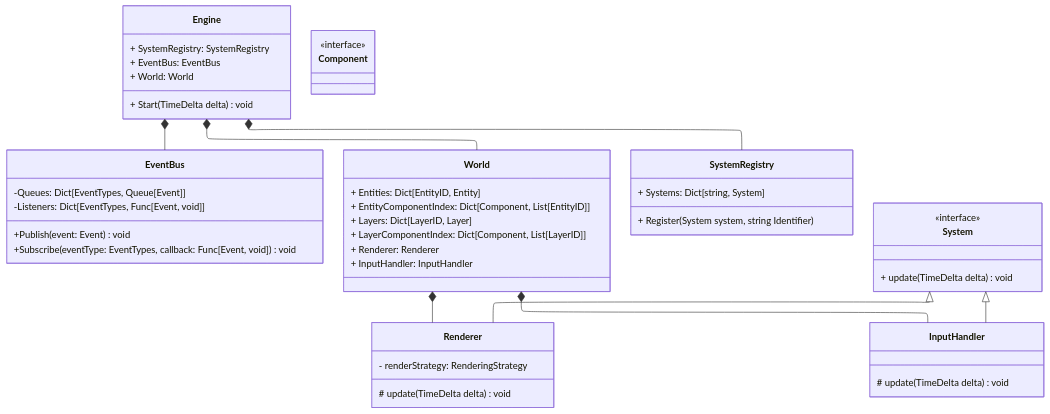
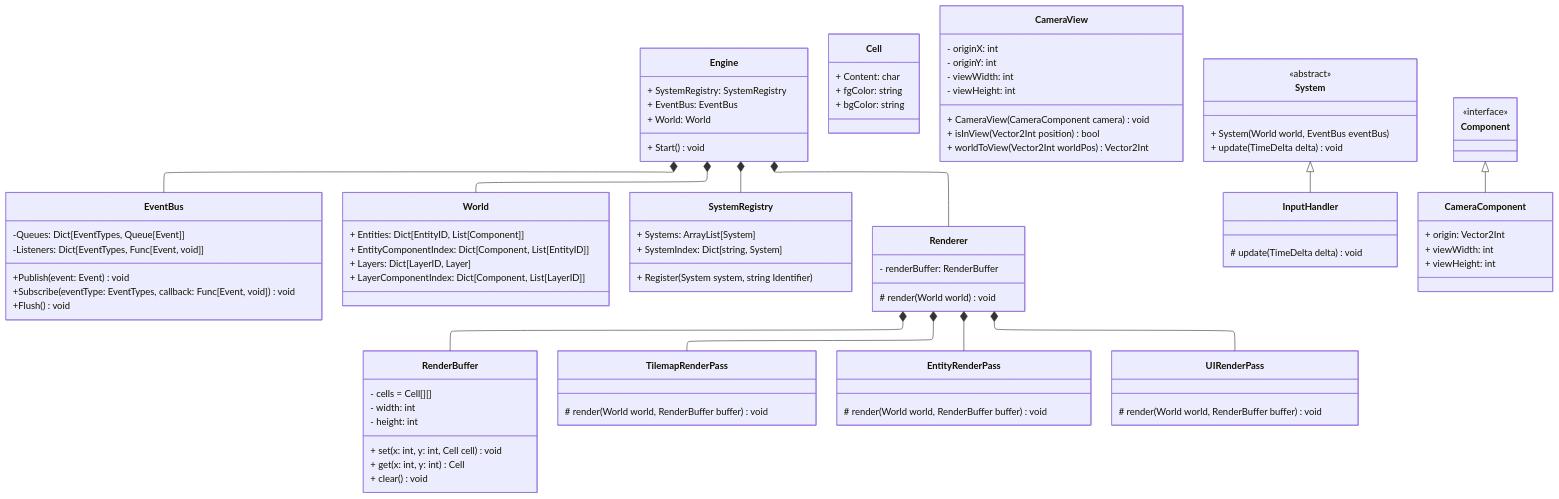
The diagram in EngineArchitecture.mmd (FT111/game-1), drawn with Mermaid before and after one commit. The commit also changed 2 other files, not shown here.

Commit message:
Details renderer pipeline

```diff
--- a/EngineArchitecture.mmd
+++ b/EngineArchitecture.mmd
@@ -1,65 +1,116 @@
 ---
 config:
   layout: elk
 ---
 
 classDiagram
     class EventBus {
         -Queues: Dict[EventTypes, Queue[Event]]
         -Listeners: Dict[EventTypes, Func[Event, void]]
         +Publish(event: Event) void
         +Subscribe(eventType: EventTypes, callback: Func[Event, void]) void
+        +Flush() void
     }
 
     class Engine {
         + SystemRegistry: SystemRegistry
         + EventBus: EventBus
         + World: World
 
-        + Start(TimeDelta delta) void
+        + Start() void
     }
 
     class World {
-        + Entities: Dict[EntityID, Entity]
+        + Entities: Dict[EntityID, List[Component]]
         + EntityComponentIndex: Dict[Component, List[EntityID]]
 
         + Layers: Dict[LayerID, Layer]
         + LayerComponentIndex: Dict[Component, List[LayerID]]
-
-        + Renderer: Renderer
-        + InputHandler: InputHandler
     }
 
     class SystemRegistry {
-        + Systems: Dict[string, System]
+        + Systems: ArrayList[System]
+        + SystemIndex: Dict[string, System]
         + Register(System system, string Identifier)
     }
 
 
     class Renderer {
-        # update(TimeDelta delta) void
-        - renderStrategy: RenderingStrategy
+        # render(World world) void
+
+        - renderBuffer: RenderBuffer
+
+    }
+
+    class Cell {
+        + Content: char
+        + fgColor: string
+        + bgColor: string
+    }
+
+    class CameraView {
+        - originX: int
+        - originY: int
+        - viewWidth: int
+        - viewHeight: int
+
+        + CameraView(CameraComponent camera) void
+        + isInView(Vector2Int position) bool
+        + worldToView(Vector2Int worldPos) Vector2Int
+    }
+
+    class RenderBuffer {
+        - cells = Cell[][]
+        - width: int
+        -  height: int
+        + set(x: int, y: int, Cell cell) void
+        + get(x: int, y: int) Cell
+        + clear() void
+        }
+
+    class TilemapRenderPass {
+        # render(World world, RenderBuffer buffer) void
+    }
+
+    class EntityRenderPass {
+        # render(World world, RenderBuffer buffer) void
+    }
+
+    class UIRenderPass {
+        # render(World world, RenderBuffer buffer) void
     }
 
     class InputHandler {
         # update(TimeDelta delta) void
     }
 
     class System {
-        <<interface>>
+        <<abstract>>
+        + System(World world, EventBus eventBus)
         + update(TimeDelta delta) void
     }
 
     class Component {
         <<interface>>
     }
 
+    class CameraComponent {
+        + origin: Vector2Int
+        + viewWidth: int
+        + viewHeight: int
+    }
+
 
 Engine *-- World
 Engine *-- SystemRegistry
 Engine *-- EventBus
-World *-- Renderer
-World *-- InputHandler
+Engine *-- Renderer
 
-System <|-- Renderer
+Renderer *-- RenderBuffer
+Renderer *-- TilemapRenderPass
+Renderer *-- EntityRenderPass
+Renderer *-- UIRenderPass
+
+Component <|-- CameraComponent
+
 System <|-- InputHandler
```
